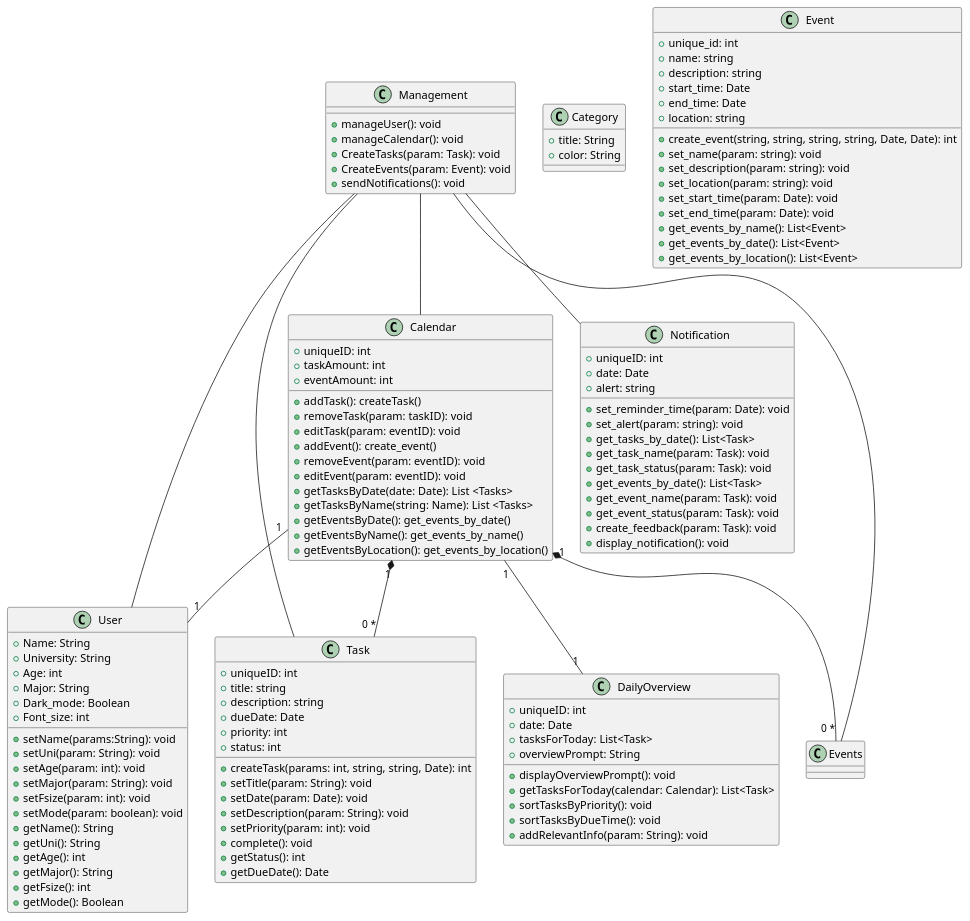
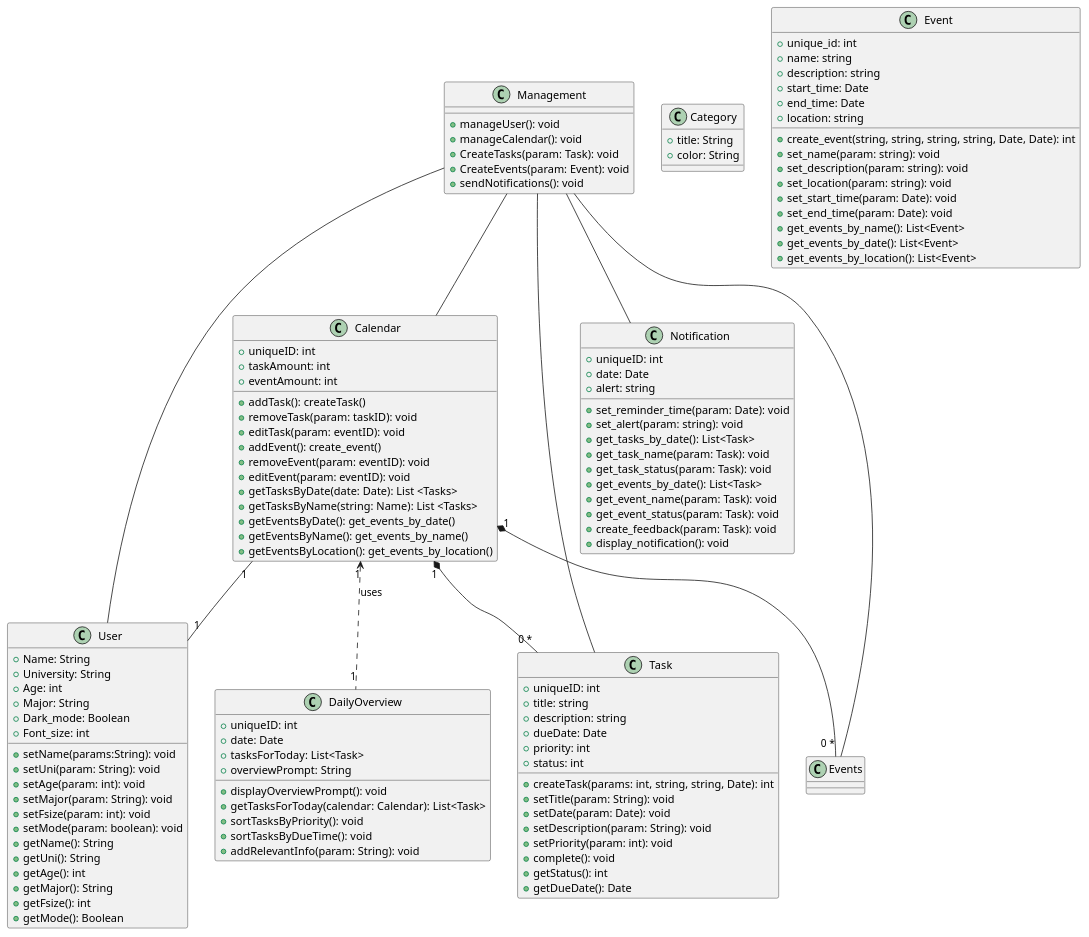
One commit to CS361-2024Fall-Term/Innovators changed the diagram in assignment6/Diagram.puml. Above: the diagram before and after it, drawn with PlantUML.

```diff
--- a/assignment6/Diagram.puml
+++ b/assignment6/Diagram.puml
@@ -1,132 +1,133 @@
 @startuml
 
 class User {
   +Name: String
   +University: String
   +Age: int
   +Major: String
   +Dark_mode: Boolean
   +Font_size: int
   +setName(params:String): void
   +setUni(param: String): void
   +setAge(param: int): void
   +setMajor(param: String): void
   +setFsize(param: int): void
   +setMode(param: boolean): void
   +getName(): String
   +getUni(): String
   +getAge(): int
   +getMajor(): String
   +getFsize(): int
   +getMode(): Boolean
  
 }
 
 class Calendar {
   +uniqueID: int  
   +taskAmount: int
   +eventAmount: int
   +addTask(): createTask()
   +removeTask(param: taskID): void
   +editTask(param: eventID): void
   +addEvent(): create_event()
   +removeEvent(param: eventID): void
   +editEvent(param: eventID): void
   +getTasksByDate(date: Date): List <Tasks>
   +getTasksByName(string: Name): List <Tasks>
   +getEventsByDate(): get_events_by_date()
   +getEventsByName(): get_events_by_name()
   +getEventsByLocation(): get_events_by_location()
 }
 
 class Task {
   +uniqueID: int
   +title: string
   +description: string
   +dueDate: Date
   +priority: int
   +status: int
   +createTask(params: int, string, string, Date): int
   +setTitle(param: String): void
   +setDate(param: Date): void
   +setDescription(param: String): void
   +setPriority(param: int): void
   +complete(): void
   +getStatus(): int
   +getDueDate(): Date
 }
 
 class Category {
   +title: String
   +color: String
 }
 
 class Notification {
   +uniqueID: int  
   +date: Date
   +alert: string
   
   +set_reminder_time(param: Date): void
   +set_alert(param: string): void
   +get_tasks_by_date(): List<Task>
   +get_task_name(param: Task): void
   +get_task_status(param: Task): void
   +get_events_by_date(): List<Task>
   +get_event_name(param: Task): void
   +get_event_status(param: Task): void
   +create_feedback(param: Task): void
   +display_notification(): void
 }
 
 class Event {
   +unique_id: int  
   +name: string
   +description: string
   +start_time: Date
   +end_time: Date
   +location: string
   +create_event(string, string, string, string, Date, Date): int
   +set_name(param: string): void
   +set_description(param: string): void
   +set_location(param: string): void
   +set_start_time(param: Date): void
   +set_end_time(param: Date): void
   +get_events_by_name(): List<Event>
   +get_events_by_date(): List<Event>
   +get_events_by_location(): List<Event>
 }
 
 class DailyOverview {
     +uniqueID: int
     +date: Date
     +tasksForToday: List<Task>
     +overviewPrompt: String
 
     +displayOverviewPrompt(): void
     +getTasksForToday(calendar: Calendar): List<Task>
     +sortTasksByPriority(): void
     +sortTasksByDueTime(): void
     +addRelevantInfo(param: String): void
 }
 
 class Management {
   +manageUser(): void
   +manageCalendar(): void
   +CreateTasks(param: Task): void
   +CreateEvents(param: Event): void
   +sendNotifications(): void
 }
 
 Management -- User
 Management -- Calendar
 Management -- Task
 Management -- Events
 Management -- Notification
 
 Calendar "1" -- "1" User
 Calendar "1" *-- "0 *" Task
 Calendar "1" *-- "0 *" Events
-Calendar "1" -- "1" DailyOverview
+Calendar "1" <.. "1" DailyOverview : uses
+
 
 
 @enduml
```
